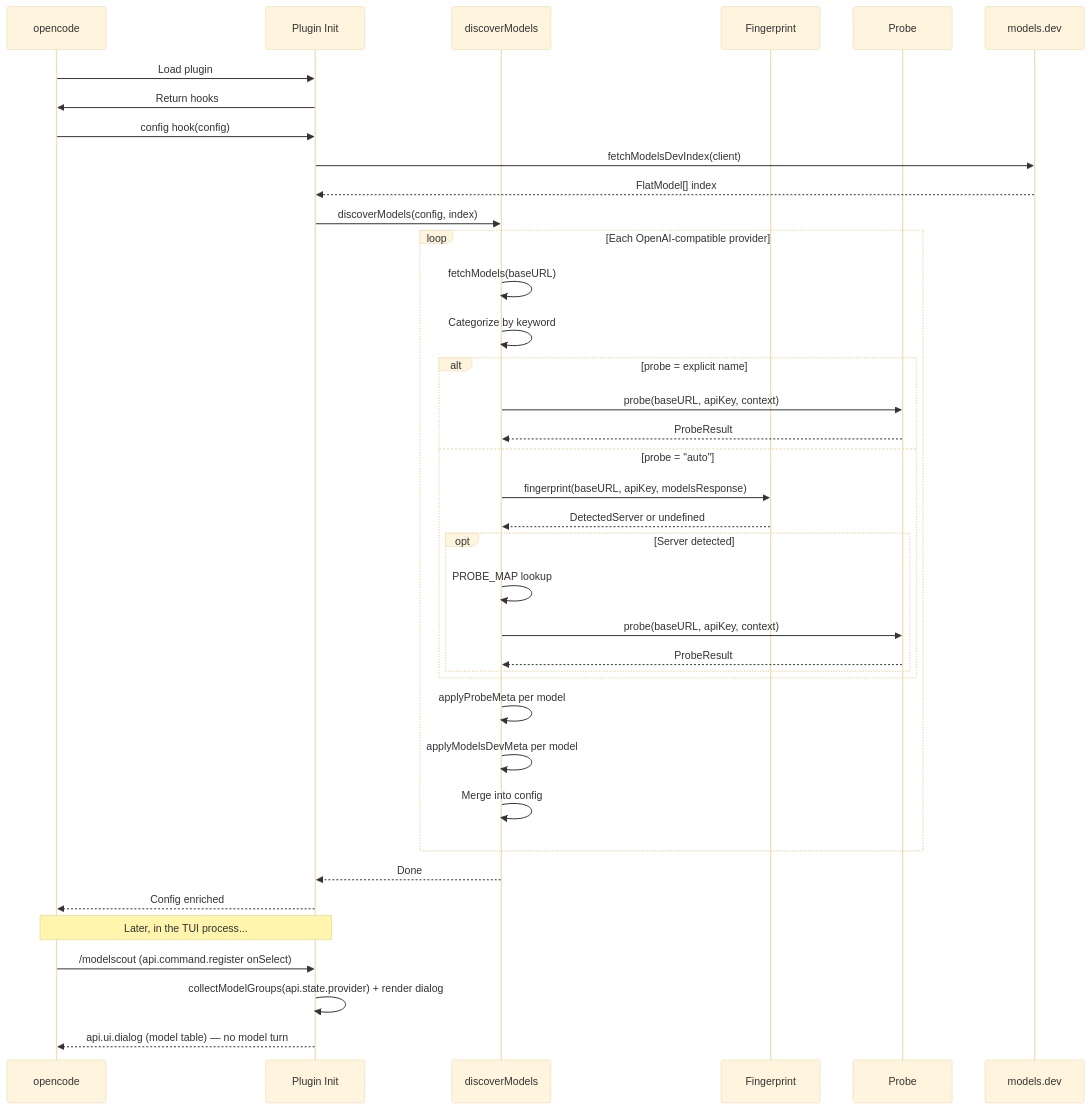
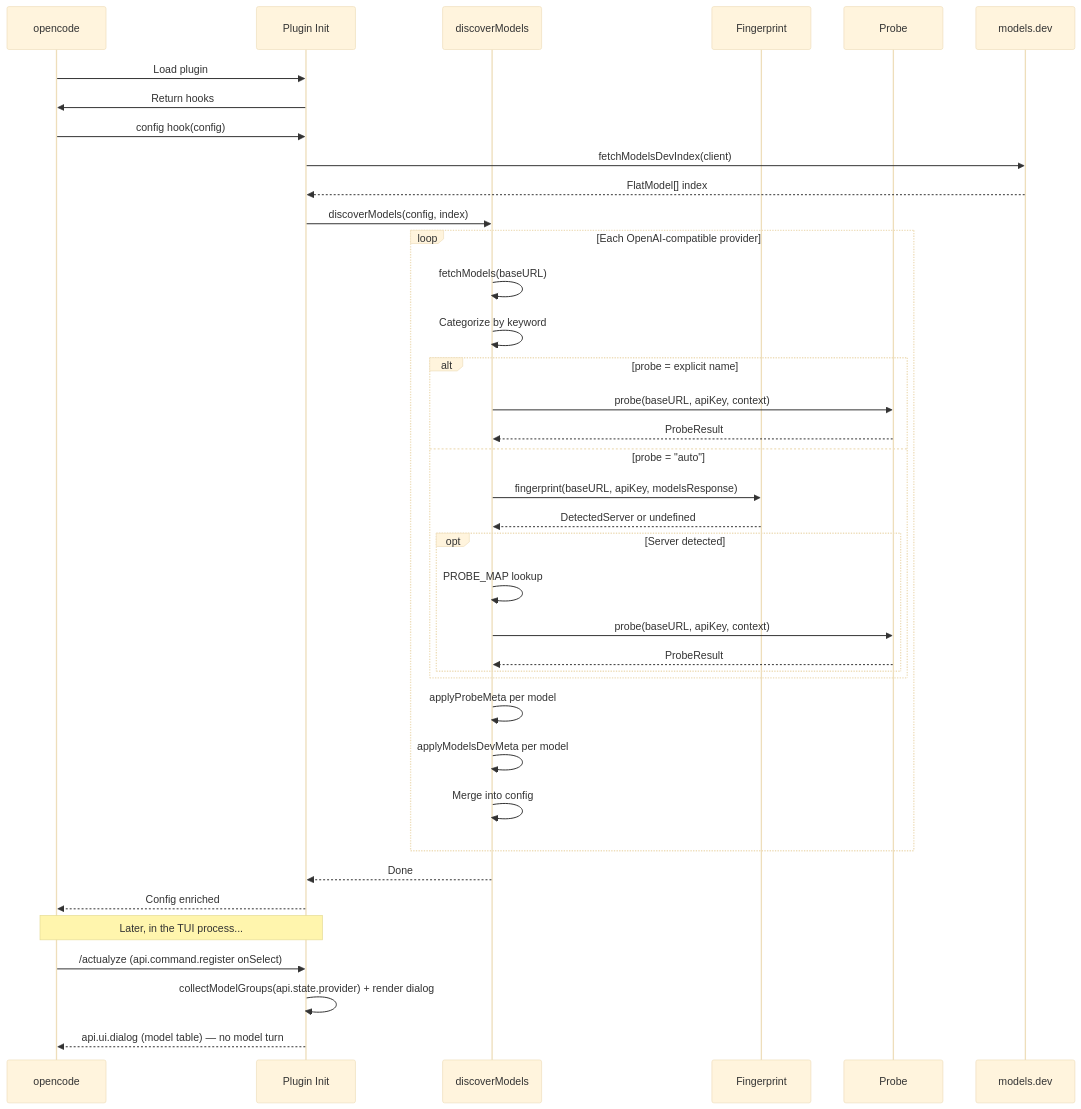
Before and after one commit to actualyze-ai/opencode-actualyze: the first of 5 diagrams in CONTRIBUTING.md, drawn with Mermaid (base theme). The commit also changed other lines of this file and 19 other files, not shown here.

````diff
--- a/CONTRIBUTING.md
+++ b/CONTRIBUTING.md
@@ -33,44 +33,44 @@
 ```mermaid
 sequenceDiagram
     participant OC as opencode
     participant PI as Plugin Init
     participant DM as discoverModels
     participant FP as Fingerprint
     participant PR as Probe
     participant MD as models.dev
 
     OC->>PI: Load plugin
     PI->>OC: Return hooks
     OC->>PI: config hook(config)
     PI->>MD: fetchModelsDevIndex(client)
     MD-->>PI: FlatModel[] index
     PI->>DM: discoverModels(config, index)
 
     loop Each OpenAI-compatible provider
         DM->>DM: fetchModels(baseURL)
         DM->>DM: Categorize by keyword
         alt probe = explicit name
             DM->>PR: probe(baseURL, apiKey, context)
             PR-->>DM: ProbeResult
         else probe = "auto"
             DM->>FP: fingerprint(baseURL, apiKey, modelsResponse)
             FP-->>DM: DetectedServer or undefined
             opt Server detected
                 DM->>DM: PROBE_MAP lookup
                 DM->>PR: probe(baseURL, apiKey, context)
                 PR-->>DM: ProbeResult
             end
         end
         DM->>DM: applyProbeMeta per model
         DM->>DM: applyModelsDevMeta per model
         DM->>DM: Merge into config
     end
 
     DM-->>PI: Done
     PI-->>OC: Config enriched
 
     Note over OC,PI: Later, in the TUI process...
-    OC->>PI: /modelscout (api.command.register onSelect)
+    OC->>PI: /actualyze (api.command.register onSelect)
     PI->>PI: collectModelGroups(api.state.provider) + render dialog
     PI-->>OC: api.ui.dialog (model table) — no model turn
 ```
````
